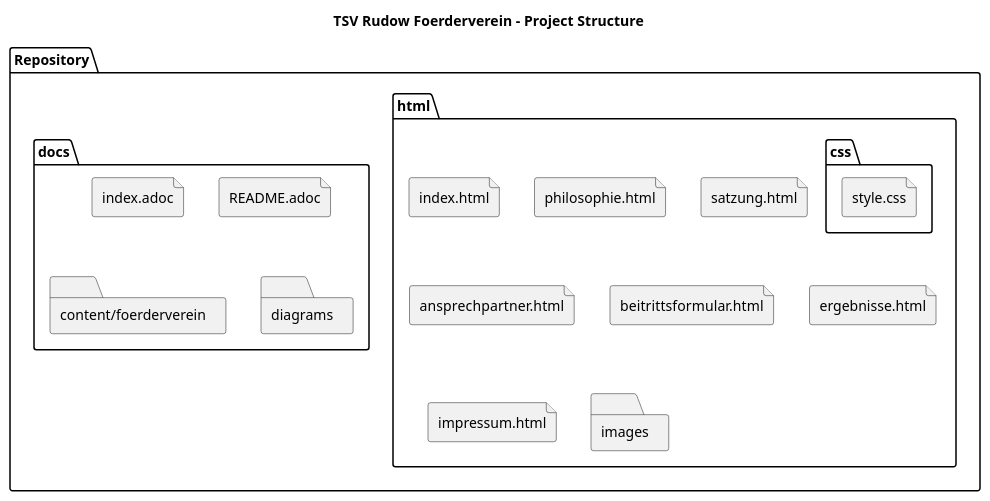
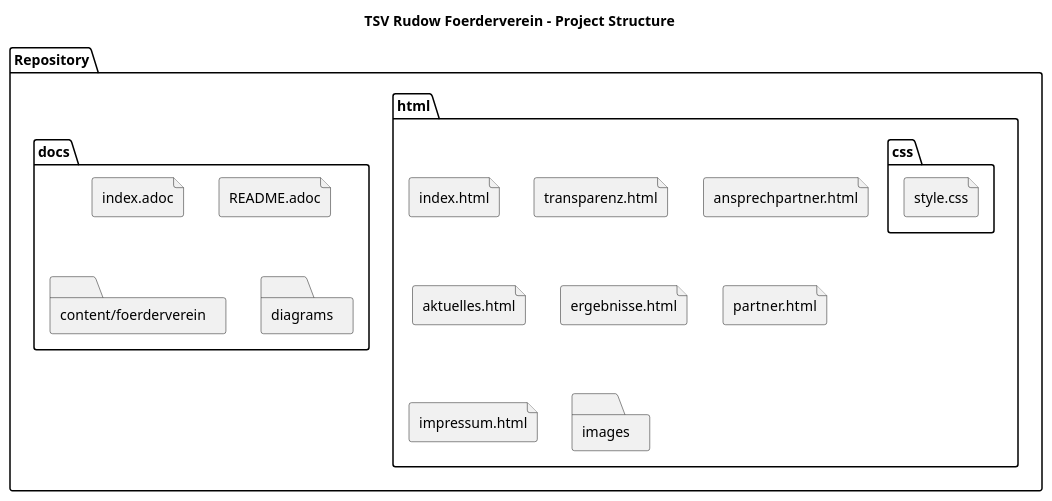
One commit to iosan/tsv_rudow_fv changed the diagram in docs/diagrams/project-structure.puml. Above: the diagram before and after it, drawn with PlantUML. The commit also changed 10 other files, not shown here.

```diff
--- a/docs/diagrams/project-structure.puml
+++ b/docs/diagrams/project-structure.puml
@@ -1,28 +1,28 @@
 @startuml
 skinparam backgroundColor transparent
 skinparam packageStyle rectangle
 
 title TSV Rudow Foerderverein - Project Structure
 
 folder "Repository" {
   folder "html" {
     file "index.html"
-    file "philosophie.html"
-    file "satzung.html"
+    file "transparenz.html"
     file "ansprechpartner.html"
-    file "beitrittsformular.html"
+    file "aktuelles.html"
     file "ergebnisse.html"
+    file "partner.html"
     file "impressum.html"
     folder "css" {
       file "style.css"
     }
     folder "images"
   }
   folder "docs" {
     file "index.adoc"
     file "README.adoc"
     folder "content/foerderverein"
     folder "diagrams"
   }
 }
 @enduml
```
